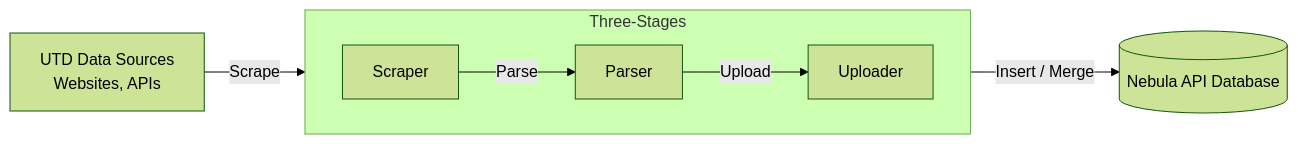
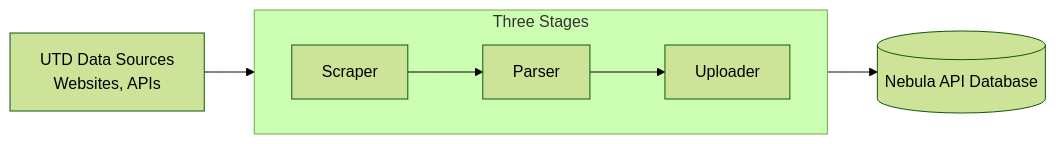
Before and after one commit to UTDNebula/api-tools: the diagram in docs/Project-Architecture.md, drawn with Mermaid (forest theme).

Commit message:
update mermaid diagram in Project-Architecture.md

````diff
--- a/docs/Project-Architecture.md
+++ b/docs/Project-Architecture.md
@@ -12,15 +12,11 @@
 ```mermaid
 flowchart LR
-    A[UTD Data Sources<br/>Websites, APIs] -->|Scrape| B
+    A[UTD Data Sources<br/>Websites, APIs] --> B
 
-    subgraph STAGE["Three-Stages"]
+    subgraph STAGE["Three Stages"]
         direction LR
-        B[Scraper]
-        C[Parser]
-        D[Uploader]
-        B -->|Parse| C
-        C -->|Upload| D
+        B[Scraper] --> C[Parser] --> D[Uploader]
     end
 
-    D -->|Insert / Merge| E[(Nebula API Database)]
+    D --> E[(Nebula API Database)]
 ```
````
